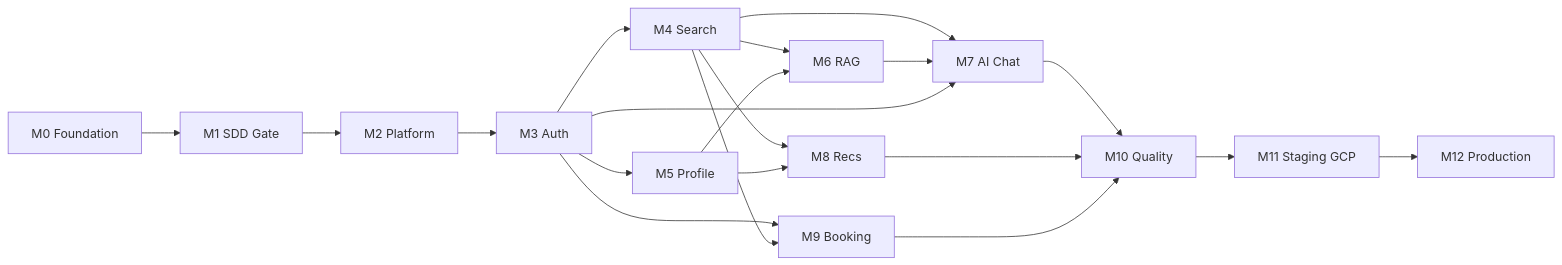
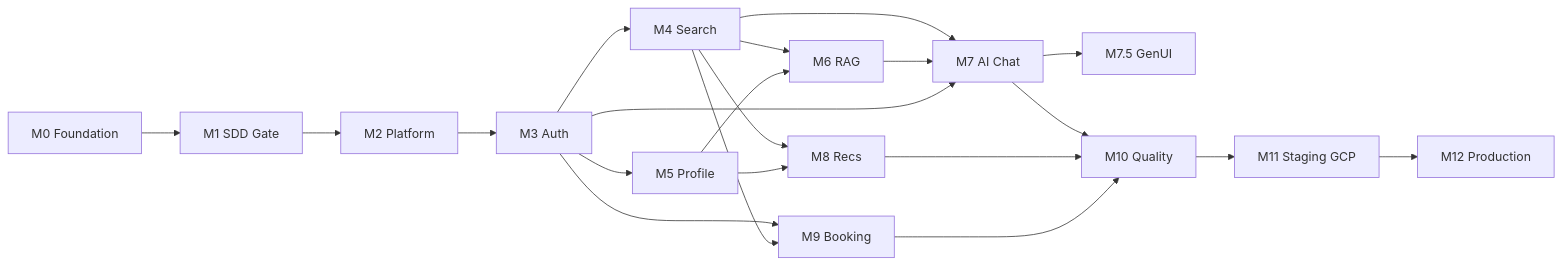
Before and after one commit to Mostafa-Aboheaba/Real_Estate_Egypt: the first of 2 diagrams in tasks/master_execution_plan.md, drawn with Mermaid. The commit also changed other lines of this file and 130 other files, not shown here.

````diff
--- a/tasks/master_execution_plan.md
+++ b/tasks/master_execution_plan.md
@@ -24,22 +24,23 @@
 ```mermaid
 flowchart LR
     M0[M0 Foundation] --> M1[M1 SDD Gate]
     M1 --> M2[M2 Platform]
     M2 --> M3[M3 Auth]
     M3 --> M4[M4 Search]
     M3 --> M5[M5 Profile]
     M4 --> M6[M6 RAG]
     M5 --> M6
     M4 --> M7[M7 AI Chat]
     M6 --> M7
     M3 --> M7
+    M7 --> M75[M7.5 GenUI]
     M4 --> M8[M8 Recs]
     M5 --> M8
     M3 --> M9[M9 Booking]
     M4 --> M9
     M7 --> M10[M10 Quality]
     M8 --> M10
     M9 --> M10
     M10 --> M11[M11 Staging GCP]
     M11 --> M12[M12 Production]
 ```
````
